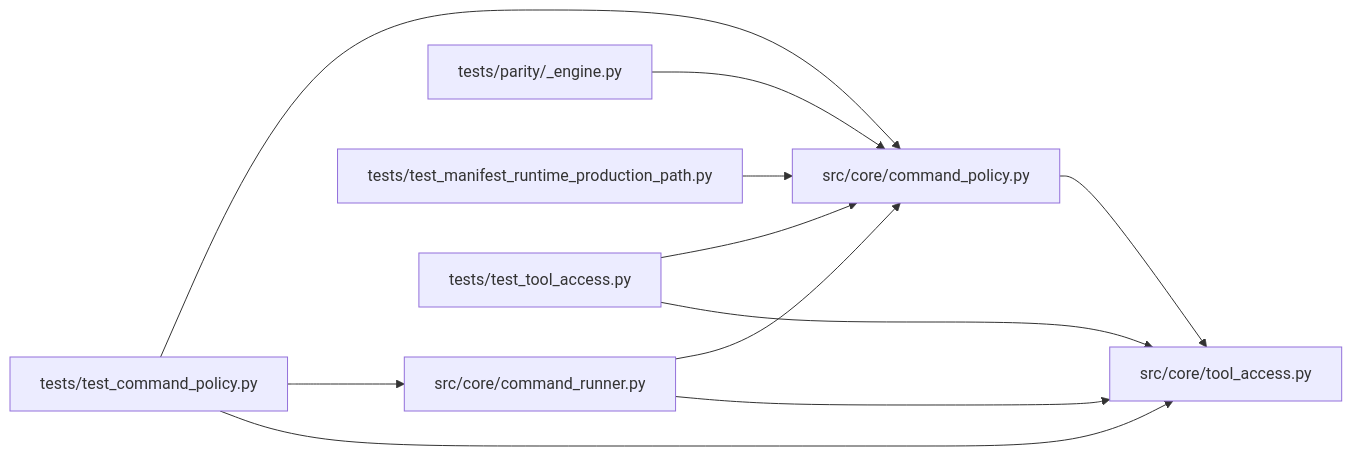
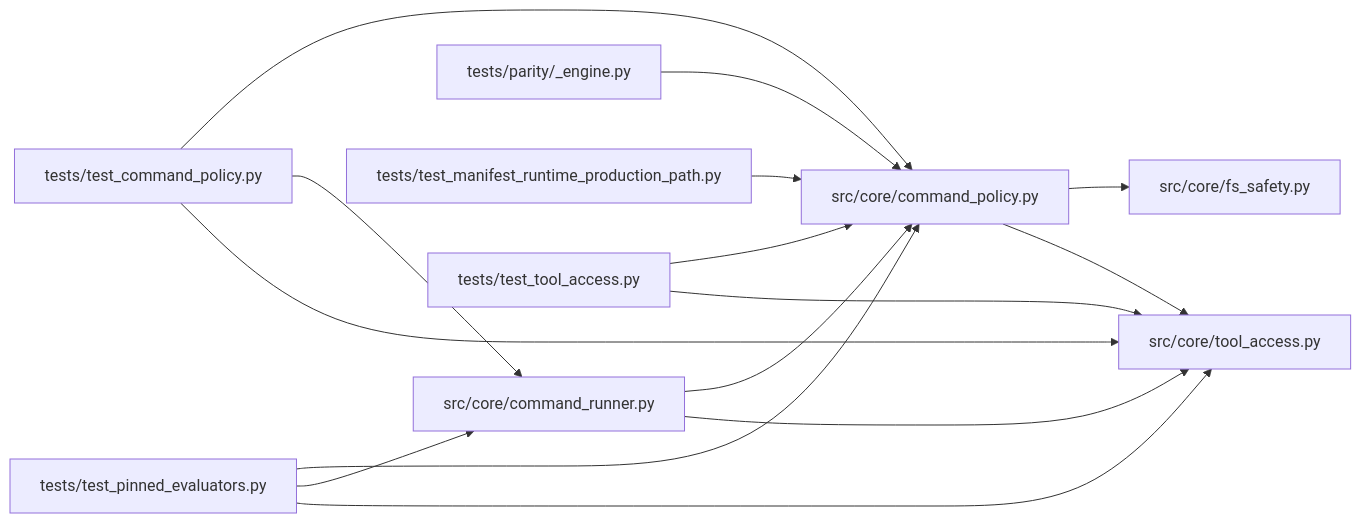
One commit to Denissvgn/autoresearch-agent changed the diagram in docs/llm_wiki/modules/command_policy.md. Above: the diagram before and after it, drawn with Mermaid. The commit also changed other lines of this file and 54 other files, not shown here.

````diff
--- a/docs/llm_wiki/modules/command_policy.md
+++ b/docs/llm_wiki/modules/command_policy.md
@@ -24,27 +26,35 @@
 ```mermaid
 flowchart LR
     n0["src/core/command_policy.py"]
     n1["src/core/command_runner.py"]
-    n2["src/core/tool_access.py"]
-    n3["tests/parity/_engine.py"]
-    n4["tests/test_command_policy.py"]
-    n5["tests/test_manifest_runtime_production_path.py"]
-    n6["tests/test_tool_access.py"]
+    n2["src/core/fs_safety.py"]
+    n3["src/core/tool_access.py"]
+    n4["tests/parity/_engine.py"]
+    n5["tests/test_command_policy.py"]
+    n6["tests/test_manifest_runtime_production_path.py"]
+    n7["tests/test_pinned_evaluators.py"]
+    n8["tests/test_tool_access.py"]
     n0 --> n2
+    n0 --> n3
     n1 --> n0
-    n1 --> n2
-    n3 --> n0
+    n1 --> n3
     n4 --> n0
-    n4 --> n1
-    n4 --> n2
     n5 --> n0
+    n5 --> n1
+    n5 --> n3
     n6 --> n0
-    n6 --> n2
+    n7 --> n0
+    n7 --> n1
+    n7 --> n3
+    n8 --> n0
+    n8 --> n3
     click n0 "../modules/command_policy.md"
     click n1 "../modules/command_runner.md"
-    click n2 "../modules/tool_access.md"
-    click n3 "../modules/_engine.md"
-    click n4 "../modules/test_command_policy.md"
-    click n5 "../modules/test_manifest_runtime_production_path.md"
-    click n6 "../modules/test_tool_access.md"
+    click n2 "../modules/fs_safety.md"
+    click n3 "../modules/tool_access.md"
+    click n4 "../modules/_engine.md"
+    click n5 "../modules/test_command_policy.md"
+    click n6 "../modules/test_manifest_runtime_production_path.md"
+    click n7 "../modules/test_pinned_evaluators.md"
+    click n8 "../modules/test_tool_access.md"
 ```
````
